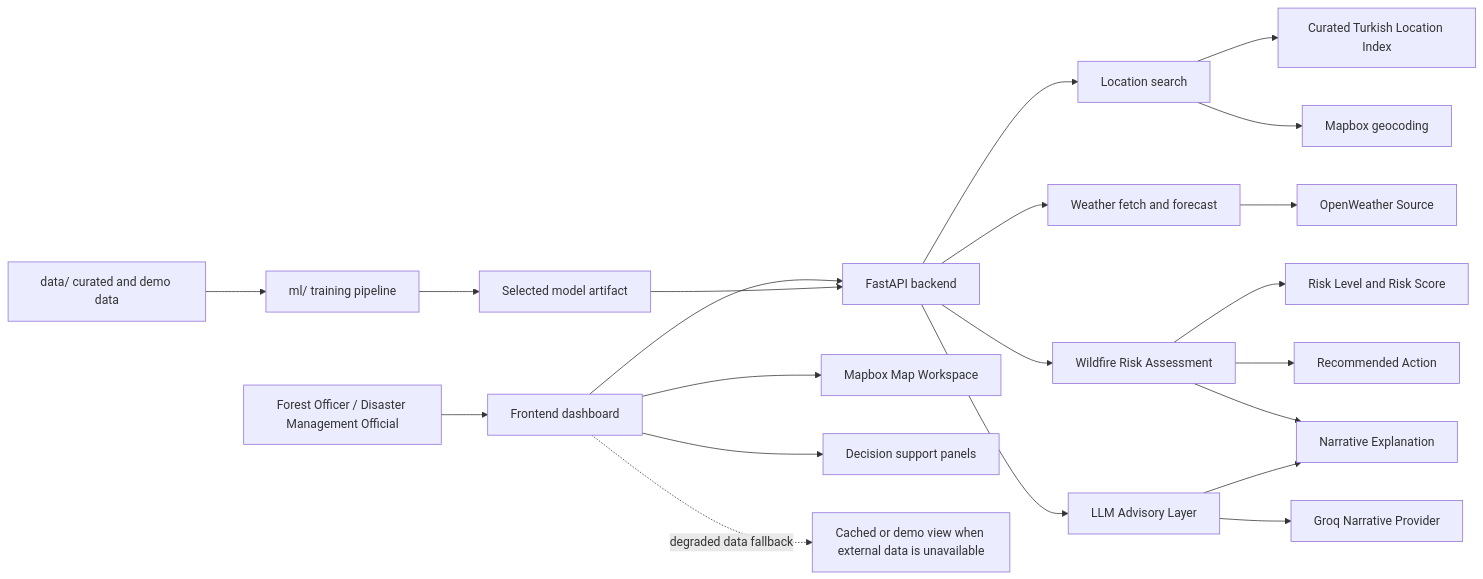
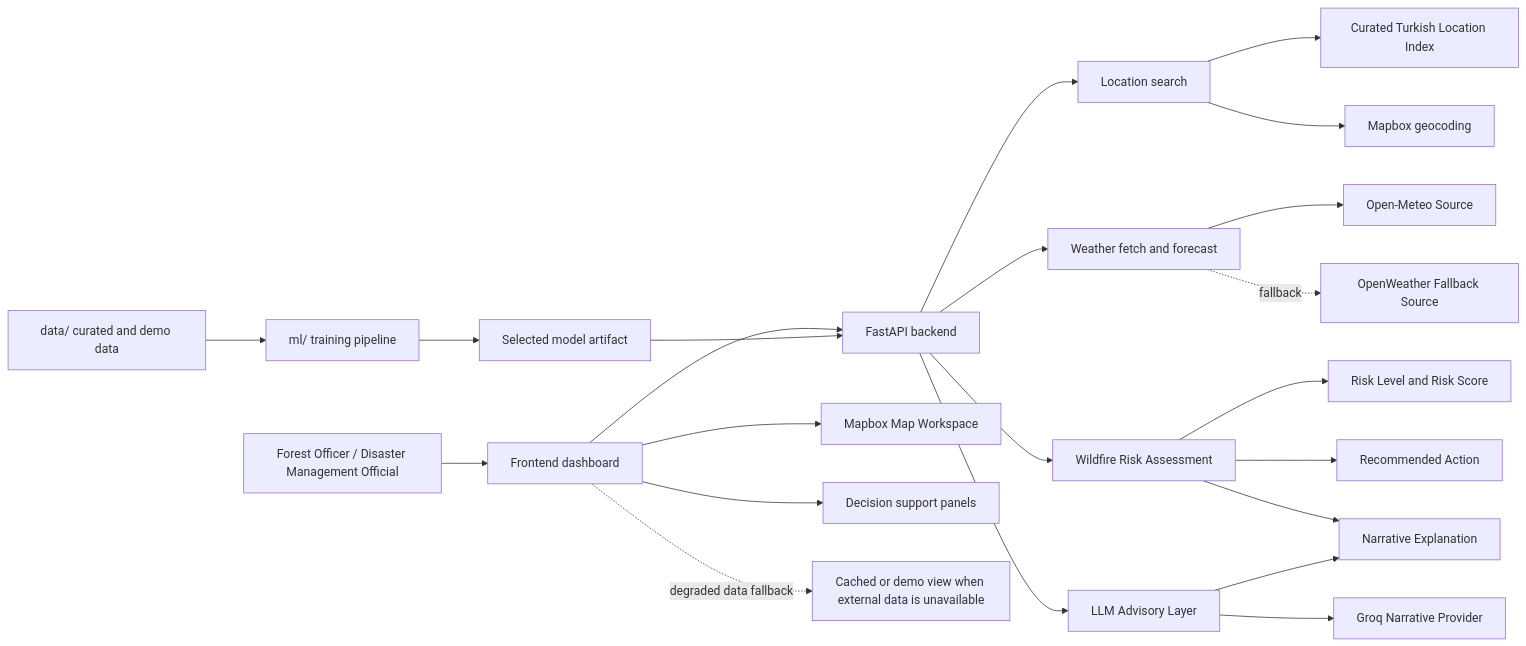
One commit to hamza-dev17/firewatch changed the diagram in README.md. Above: the diagram before and after it, drawn with Mermaid. The commit also changed 54 other files, not shown here.

````diff
--- a/README.md
+++ b/README.md
@@ -16,30 +16,31 @@
 ```mermaid
 flowchart LR
     U["Forest Officer / Disaster Management Official"] --> F["Frontend dashboard"]
     F --> S["FastAPI backend"]
 
     F --> M["Mapbox Map Workspace"]
     F --> D["Decision support panels"]
 
     S --> L["Location search"]
     L --> C["Curated Turkish Location Index"]
     L --> G["Mapbox geocoding"]
 
     S --> W["Weather fetch and forecast"]
-    W --> O["OpenWeather Source"]
+    W --> O["Open-Meteo Source"]
+    W -. fallback .-> OW["OpenWeather Fallback Source"]
 
     S --> A["Wildfire Risk Assessment"]
     A --> R["Risk Level and Risk Score"]
     A --> P["Recommended Action"]
     A --> N["Narrative Explanation"]
 
     S --> X["LLM Advisory Layer"]
     X --> Q["Groq Narrative Provider"]
     X --> N
 
     T["ml/ training pipeline"] --> V["Selected model artifact"]
     R0["data/ curated and demo data"] --> T
     V --> S
 
     F -. "degraded data fallback" .-> Z["Cached or demo view when external data is unavailable"]
 ```
````
